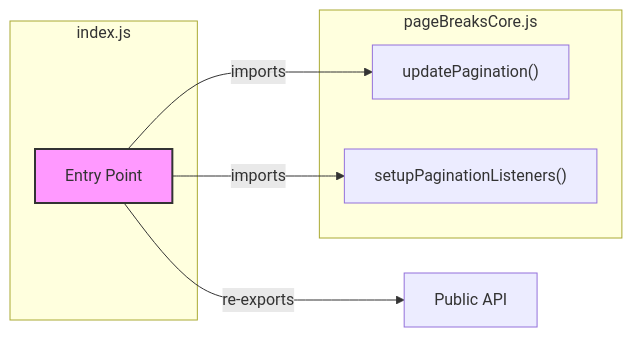
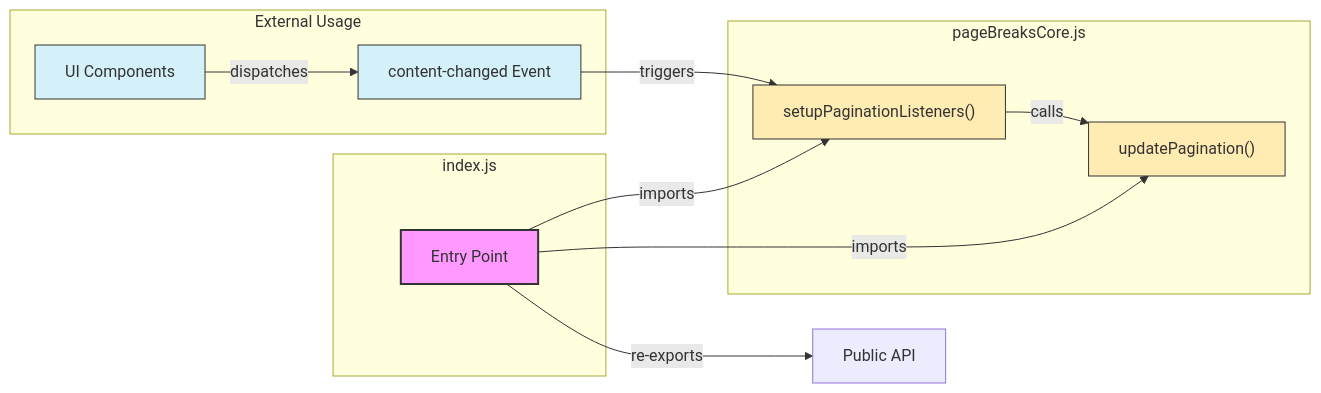
One commit to Mharbulous/coi-calculator changed the diagram in documents/pagination/index-diagram.md. Above: the diagram before and after it, drawn with Mermaid. The commit also changed other lines of this file and 2 other files, not shown here.

First line of the commit message:
refactor(pagination): implement event-based pagination updates

````diff
--- a/documents/pagination/index-diagram.md
+++ b/documents/pagination/index-diagram.md
@@ -5,18 +5,32 @@
 ```mermaid
 flowchart LR
     subgraph "index.js"
         A["Entry Point"]
     end
     
     subgraph "pageBreaksCore.js"
         B["updatePagination()"]
         C["setupPaginationListeners()"]
     end
     
     A -->|"imports"| B
     A -->|"imports"| C
     A -->|"re-exports"| D["Public API"]
     
+    subgraph "External Usage"
+        E["UI Components"]
+        F["content-changed Event"]
+    end
+    
+    E -->|"dispatches"| F
+    F -->|"triggers"| C
+    C -->|"calls"| B
+    
     classDef current fill:#f9f,stroke:#333,stroke-width:2px;
+    classDef core fill:#ffecb3,stroke:#333;
+    classDef external fill:#d4f1f9,stroke:#333;
+    
     class A current;
+    class B,C core;
+    class E,F external;
 ```
````
